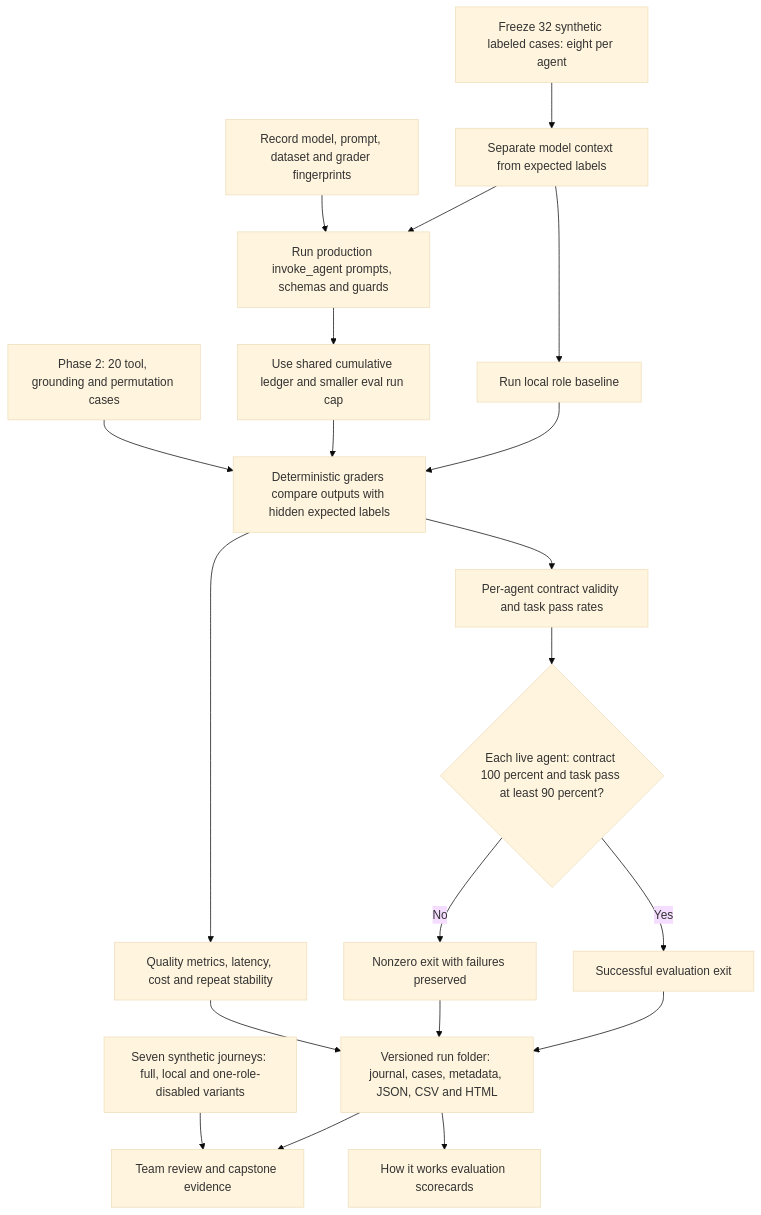
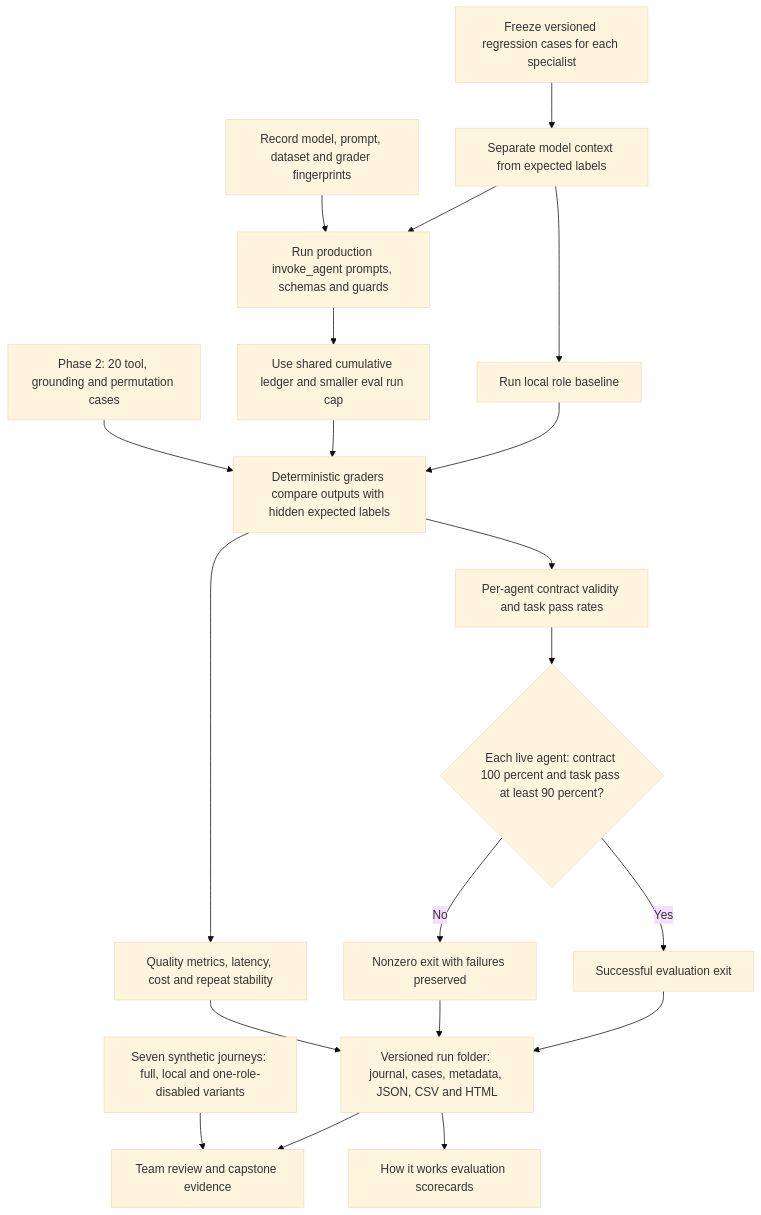
The diagram in docs/diagrams/08-evaluation-and-course-evidence.mmd (vineelad/equalstart), drawn with Mermaid (base theme) before and after one commit. The commit also changed 4 other files, not shown here.

Commit message:
Align evaluation diagrams and handout with the expanded suite

```diff
--- a/docs/diagrams/08-evaluation-and-course-evidence.mmd
+++ b/docs/diagrams/08-evaluation-and-course-evidence.mmd
@@ -1,20 +1,20 @@
 flowchart TD
-    CASES[Freeze 32 synthetic labeled cases: eight per agent] --> SPLIT[Separate model context from expected labels]
+    CASES[Freeze versioned regression cases for each specialist] --> SPLIT[Separate model context from expected labels]
     SPLIT --> BASE[Run local role baseline]
     SPLIT --> LIVE[Run production invoke_agent prompts, schemas and guards]
     CONFIG[Record model, prompt, dataset and grader fingerprints] --> LIVE
     LIVE --> BUDGET[Use shared cumulative ledger and smaller eval run cap]
     BASE --> GRADE[Deterministic graders compare outputs with hidden expected labels]
     BUDGET --> GRADE
     GRADE --> METRICS[Per-agent contract validity and task pass rates]
     GRADE --> DIAG[Quality metrics, latency, cost and repeat stability]
     METRICS --> GATE{Each live agent: contract 100 percent and task pass at least 90 percent?}
     GATE -->|Yes| PASS[Successful evaluation exit]
     GATE -->|No| FAIL[Nonzero exit with failures preserved]
     PASS --> REPORT[Versioned run folder: journal, cases, metadata, JSON, CSV and HTML]
     FAIL --> REPORT
     DIAG --> REPORT
     REPORT --> TEAM[Team review and capstone evidence]
     REPORT --> APP[How it works evaluation scorecards]
     NEW[Phase 2: 20 tool, grounding and permutation cases] --> GRADE
     JOURNEY[Seven synthetic journeys: full, local and one-role-disabled variants] --> TEAM
```
